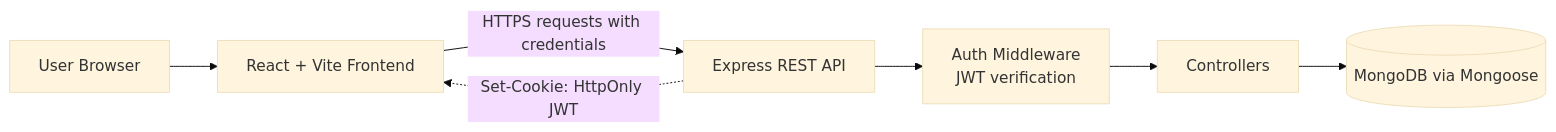
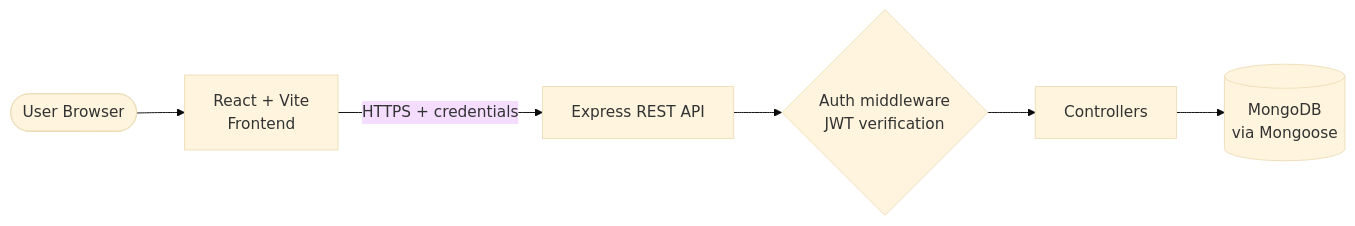
The first of 2 diagrams in README.md (Mithuna-spec/To-do-app), drawn with Mermaid (base theme) before and after one commit. The commit also changed other lines of this file, not shown here.

````diff
--- a/README.md
+++ b/README.md
@@ -102,9 +136,8 @@
 ```mermaid
 flowchart LR
-    U[User Browser] --> F[React + Vite Frontend]
-    F -- "HTTPS requests with credentials" --> A[Express REST API]
-    A --> M[Auth Middleware<br/>JWT verification]
+    U([User Browser]) --> F[React + Vite<br/>Frontend]
+    F -- "HTTPS + credentials" --> A[Express REST API]
+    A --> M{Auth middleware<br/>JWT verification}
     M --> C[Controllers]
-    C --> D[(MongoDB via Mongoose)]
-    A -. "Set-Cookie: HttpOnly JWT" .-> F
+    C --> D[(MongoDB<br/>via Mongoose)]
 ```
````
